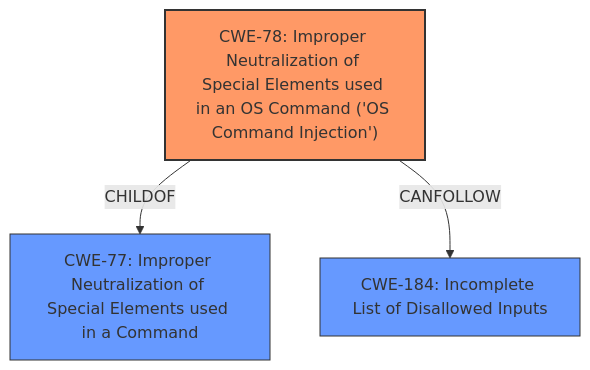
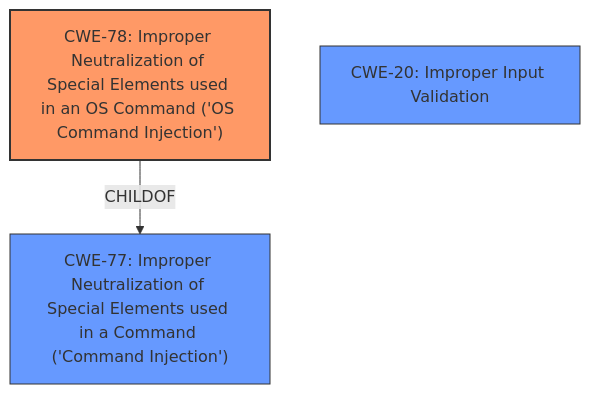
One commit to CyberSecAI/cwe_agent_assign_reports_2025 changed the first of 2 diagrams in CVE-2024-0005/CVE-2024-0005_analysis_with_relationships.md. Above: the diagram before and after it, drawn with Mermaid. The commit also changed other lines of this file and 190653 other files, not shown here.

````diff
--- a/CVE-2024-0005/CVE-2024-0005_analysis_with_relationships.md
+++ b/CVE-2024-0005/CVE-2024-0005_analysis_with_relationships.md
@@ -15,16 +18,14 @@
 ```mermaid
 graph TD
     cwe78["CWE-78: Improper Neutralization of Special Elements used in an OS Command ('OS Command Injection')"]
-    cwe77["CWE-77: Improper Neutralization of Special Elements used in a Command"]
-    cwe184["CWE-184: Incomplete List of Disallowed Inputs"]
-
+    cwe77["CWE-77: Improper Neutralization of Special Elements used in a Command ('Command Injection')"]
+    cwe20["CWE-20: Improper Input Validation"]
+    
     cwe78 -->|CHILDOF| cwe77
-    cwe78 -->|CANFOLLOW| cwe184
-
+    
     classDef primary fill:#f96,stroke:#333,stroke-width:2px
     classDef secondary fill:#69f,stroke:#333
     classDef tertiary fill:#9e9,stroke:#333
     class cwe78 primary
-    class cwe77,cwe184 secondary
-
+    class cwe77,cwe20 secondary
 ```
````
